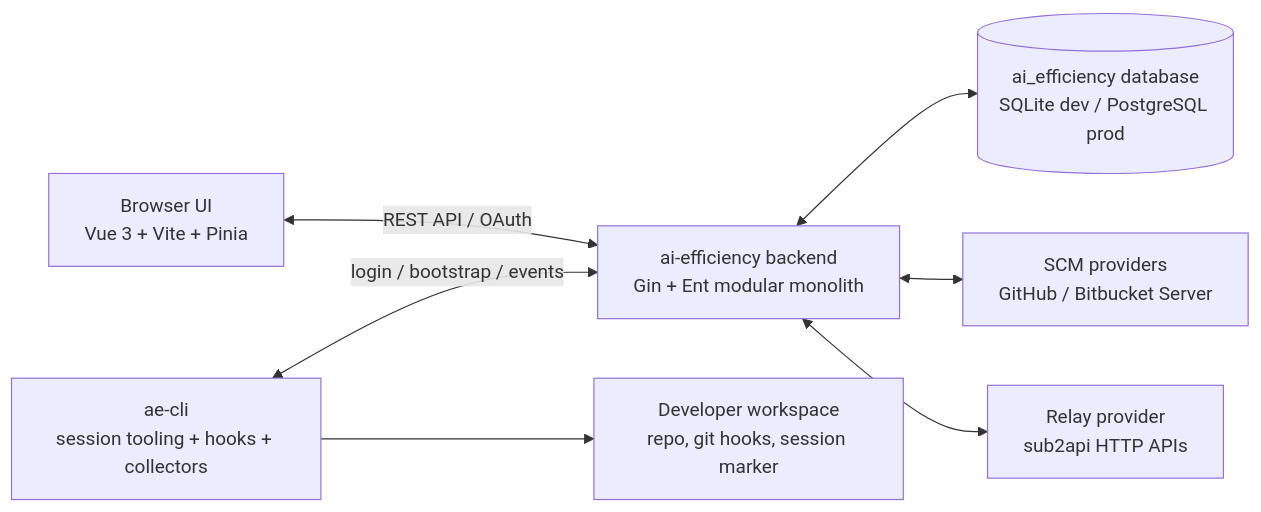
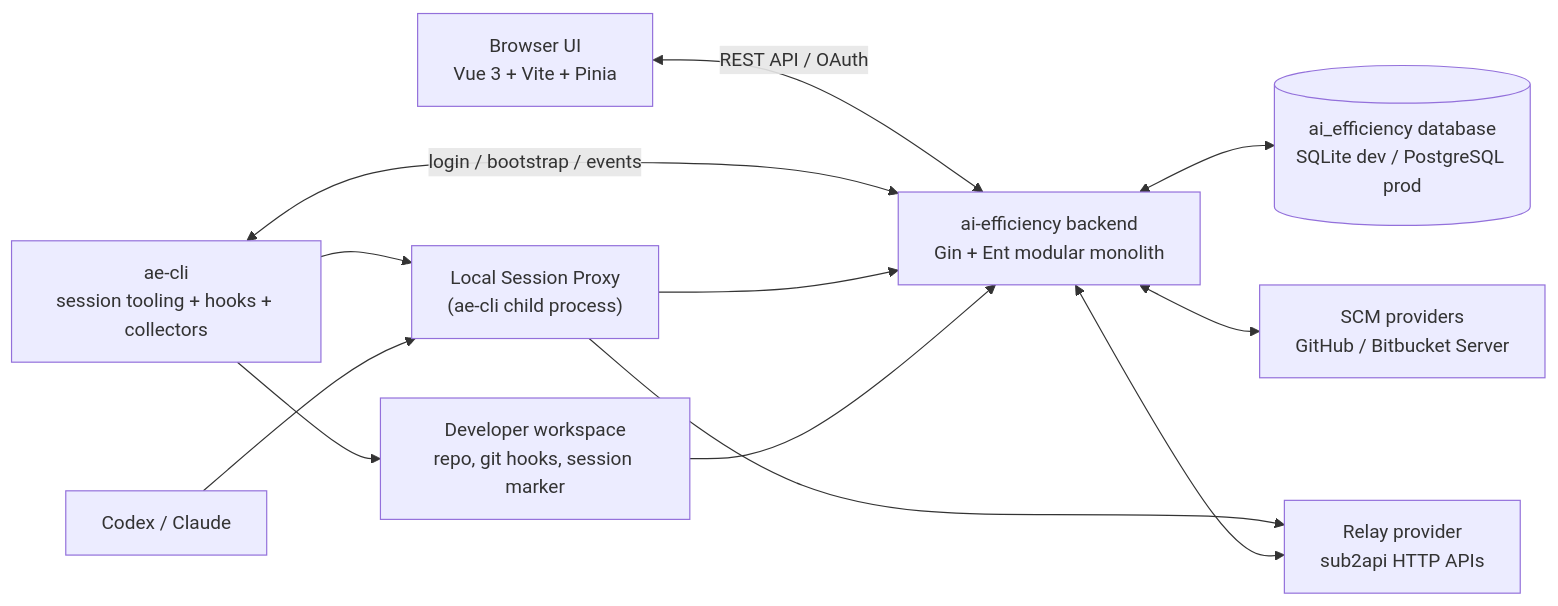
Before and after one commit to LichKing-2234/ai-efficiency: the first of 3 diagrams in docs/architecture.md, drawn with Mermaid. The commit also changed other lines of this file and 6 other files, not shown here.

Commit message:
docs(specs): clarify spec lineage and architecture ownership

````diff
--- a/docs/architecture.md
+++ b/docs/architecture.md
@@ -20,17 +23,24 @@
 ```mermaid
 flowchart LR
     Browser["Browser UI<br/>Vue 3 + Vite + Pinia"]
     CLI["ae-cli<br/>session tooling + hooks + collectors"]
+    Proxy["Local Session Proxy<br/>(ae-cli child process)"]
+    Tool["Codex / Claude"]
     Backend["ai-efficiency backend<br/>Gin + Ent modular monolith"]
     DB[("ai_efficiency database<br/>SQLite dev / PostgreSQL prod")]
     SCM["SCM providers<br/>GitHub / Bitbucket Server"]
     Relay["Relay provider<br/>sub2api HTTP APIs"]
     Workspace["Developer workspace<br/>repo, git hooks, session marker"]
 
     Browser <-->|REST API / OAuth| Backend
     CLI <-->|login / bootstrap / events| Backend
+    CLI --> Proxy
+    Tool --> Proxy
+    Proxy --> Relay
+    Proxy --> Backend
     Backend <--> DB
     Backend <--> SCM
     Backend <--> Relay
     CLI --> Workspace
+    Workspace --> Backend
 ```
````
